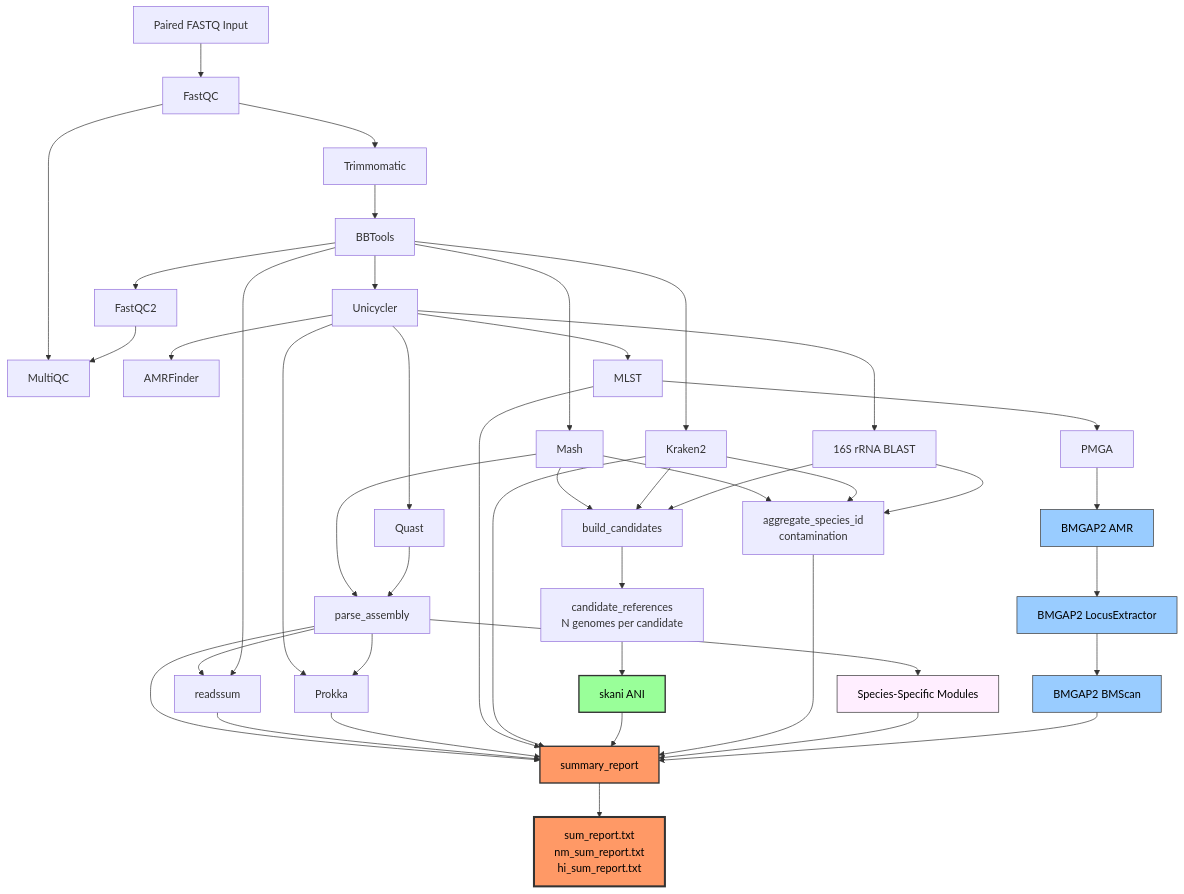
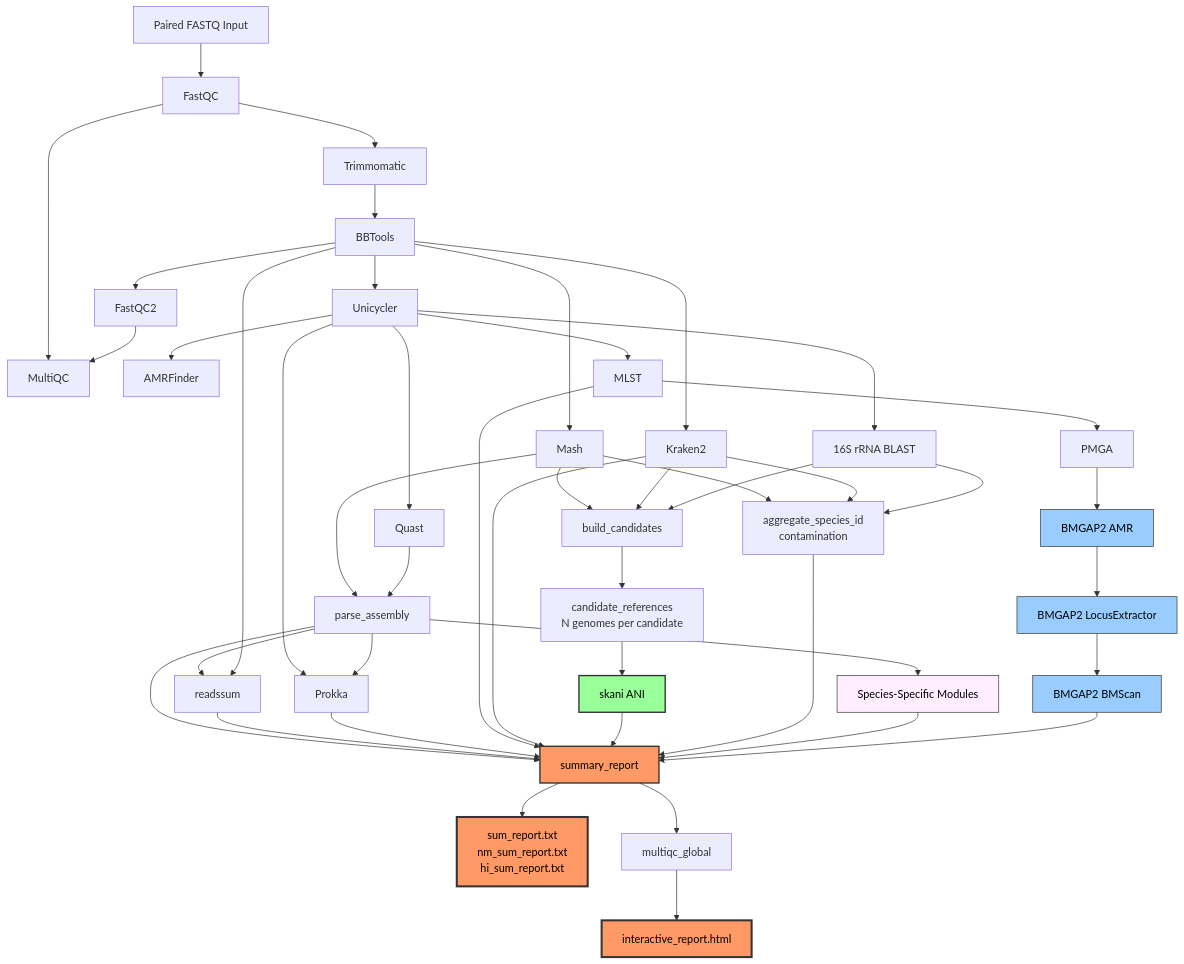
One commit to BPHL-Molecular/Sanibel changed the diagram in README.md. Above: the diagram before and after it, drawn with Mermaid. The commit also changed other lines of this file and 39 other files, not shown here.

````diff
--- a/README.md
+++ b/README.md
@@ -129,62 +120,64 @@
 ```mermaid
 flowchart TD
     A[Paired FASTQ Input] --> B[FastQC]
     B --> C[Trimmomatic]
     C --> D[BBTools]
     D --> E[FastQC2]
     B --> F[MultiQC]
     E --> F
 
     D --> G[Mash]
     D --> H[Unicycler]
     D --> I[Kraken2]
 
     H --> J[Quast]
     H --> K[AMRFinder]
     H --> L[MLST]
     H --> M[Prokka]
     H --> W[16S rRNA BLAST]
 
     G --> O[parse_assembly]
     J --> O
     O --> M
     O --> P[readssum]
     D --> P
 
     %% Species ID: candidate pool to multi-reference skani ANI
     G --> CP[build_candidates]
     I --> CP
     W --> CP
     CP --> RR[candidate_references<br/>N genomes per candidate]
     RR --> SK[skani ANI]
 
     G --> AG[aggregate_species_id<br/>contamination]
     I --> AG
     W --> AG
 
     O --> SP[Species-Specific Modules]
     L --> NM[PMGA]
     NM --> S[BMGAP2 AMR]
     S --> T[BMGAP2 LocusExtractor]
     T --> U[BMGAP2 BMScan]
 
     O --> X[summary_report]
     P --> X
     M --> X
     L --> X
     I --> X
     SK --> X
     AG --> X
     SP --> X
     U --> X
 
     X --> Y[sum_report.txt<br/>nm_sum_report.txt<br/>hi_sum_report.txt]
+    X --> MG[multiqc_global] --> IR[interactive_report.html]
 
     style SP fill:#fef,stroke:#333,color:#000
     style SK fill:#9f9,stroke:#333,stroke-width:2px,color:#000
     style S fill:#9cf,stroke:#333,color:#000
     style T fill:#9cf,stroke:#333,color:#000
     style U fill:#9cf,stroke:#333,color:#000
     style X fill:#f96,stroke:#333,stroke-width:2px,color:#000
     style Y fill:#f96,stroke:#333,stroke-width:3px,color:#000
+    style IR fill:#f96,stroke:#333,stroke-width:3px,color:#000
 ```
````
